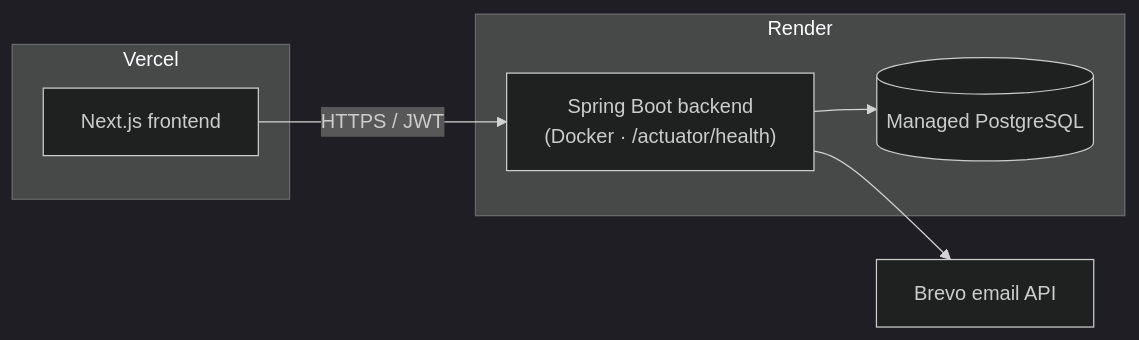
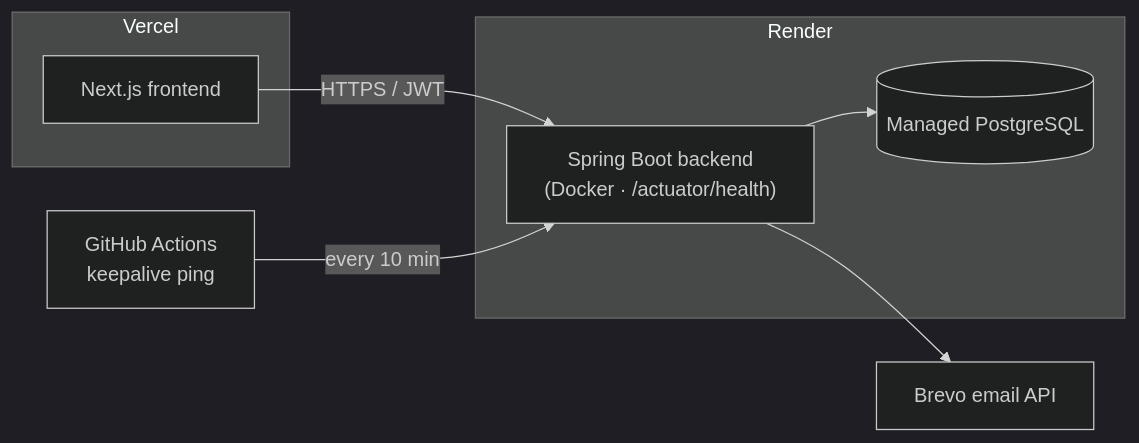
One commit to mithunveluru/flowsight changed the sixth of 7 diagrams in README.md. Above: the diagram before and after it, drawn with Mermaid (dark theme). The commit also changed other lines of this file and 22 other files, not shown here.

````diff
--- a/README.md
+++ b/README.md
@@ -260,14 +390,16 @@
 ```mermaid
 flowchart LR
     subgraph Vercel
         FE["Next.js frontend"]
     end
     subgraph Render
         BE["Spring Boot backend<br/>(Docker · /actuator/health)"]
         PG[("Managed PostgreSQL")]
     end
     Brevo["Brevo email API"]
+    GHA["GitHub Actions<br/>keepalive ping"]
     FE -- "HTTPS / JWT" --> BE
     BE --> PG
     BE --> Brevo
+    GHA -- "every 10 min" --> BE
 ```
````
